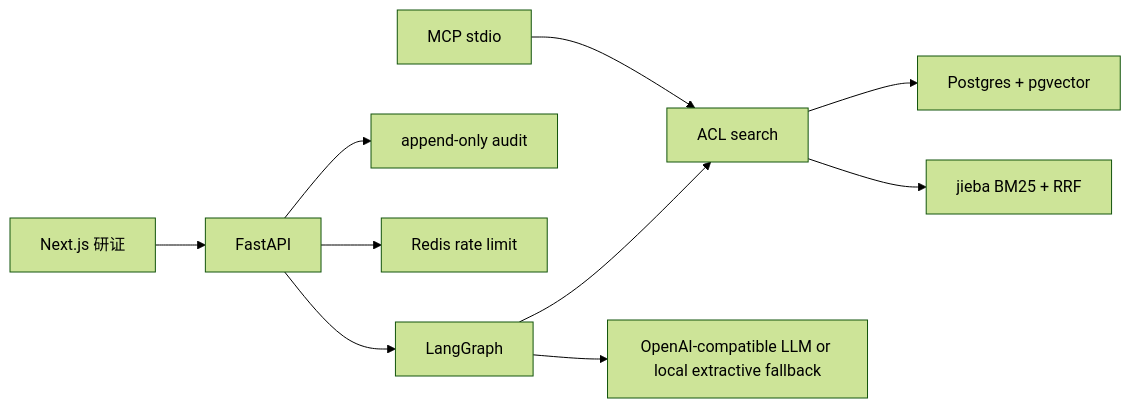
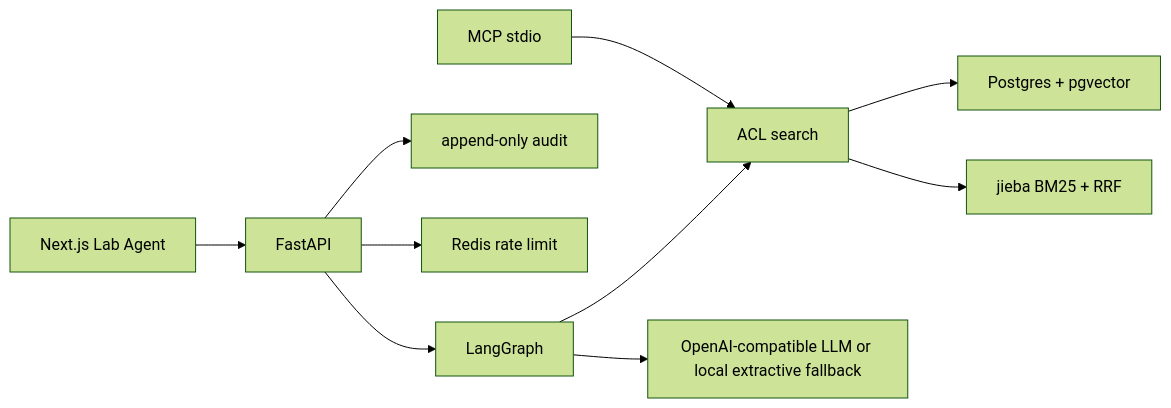
Before and after one commit to ZZZZihan/Lab-Agent: the diagram in README.md, drawn with Mermaid (forest theme). The commit also changed other lines of this file and 31 other files, not shown here.

First line of the commit message:
Unify the project name, database identifiers, cookies, and container paths to Lab Agent.

````diff
--- a/README.md
+++ b/README.md
@@ -57,12 +61,12 @@
 ```mermaid
 flowchart LR
-  web["Next.js 研证"] --> api["FastAPI"]
+  web["Next.js Lab Agent"] --> api["FastAPI"]
   api --> agent["LangGraph"]
   agent --> retrieve["ACL search"]
   retrieve --> pg["Postgres + pgvector"]
   retrieve --> bm25["jieba BM25 + RRF"]
   agent --> llm["OpenAI-compatible LLM or local extractive fallback"]
   api --> audit["append-only audit"]
   api --> redis["Redis rate limit"]
   mcp["MCP stdio"] --> retrieve
 ```
````
